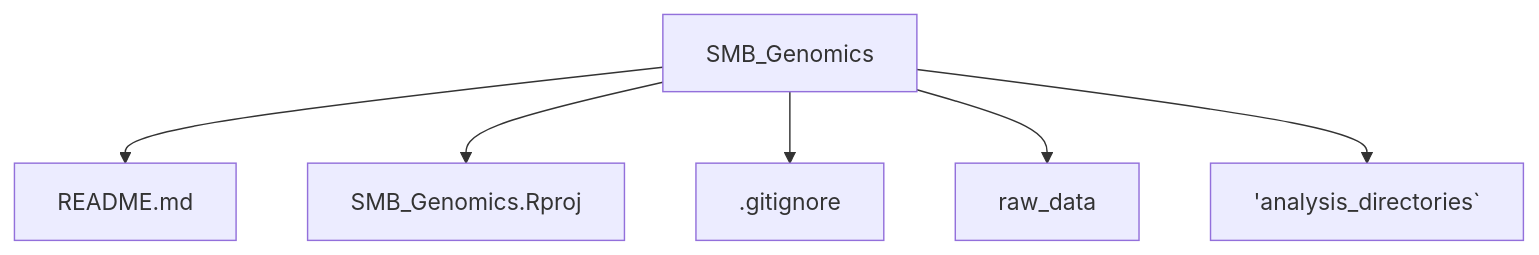
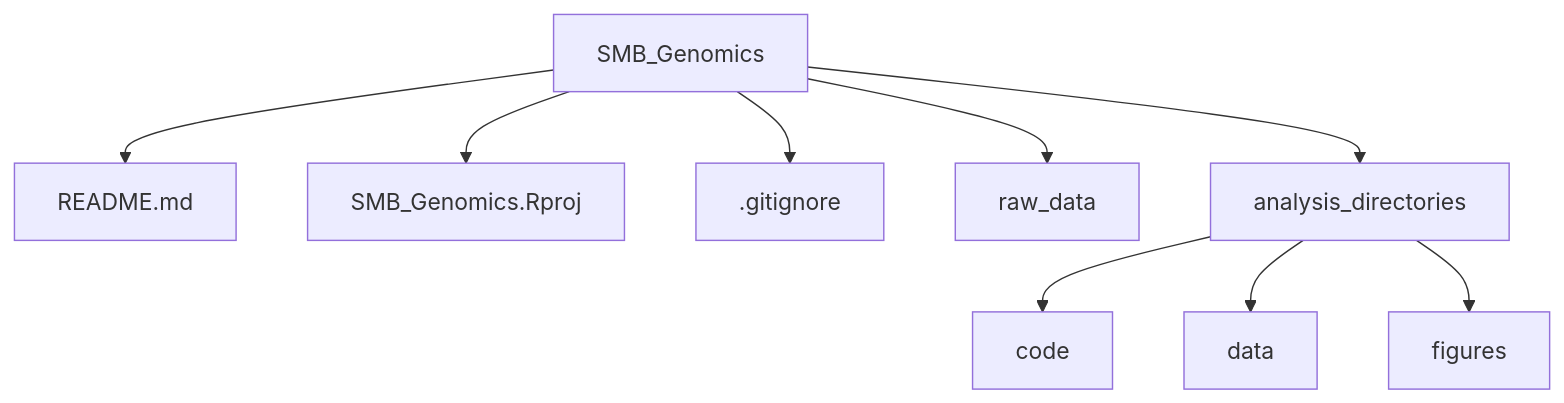
One commit to jcg5g9/SMB_Genomics changed the diagram in README.md. Above: the diagram before and after it, drawn with Mermaid. The commit also changed other lines of this file, not shown here.

Commit message:
updates to flow chart on readme

````diff
--- a/README.md
+++ b/README.md
@@ -24,8 +38,11 @@
 ```mermaid
 graph TD
   SMB_Genomics --> README.md
   SMB_Genomics --> SMB_Genomics.Rproj
   SMB_Genomics --> .gitignore
   SMB_Genomics --> raw_data
-  SMB_Genomics --> 'analysis_directories`
+  SMB_Genomics --> analysis_directories
+  analysis_directories --> code
+  analysis_directories --> data
+  analysis_directories --> figures
 ```
````
